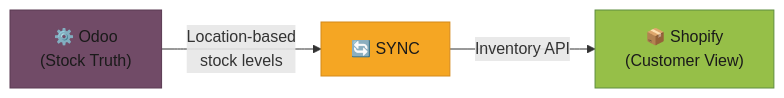
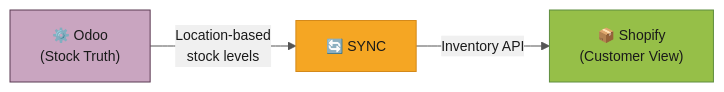
One commit to ozan-droid/documents changed the ninth of 11 diagrams in shopify-sync-odoo-scenarios.md. Above: the diagram before and after it, drawn with Mermaid. The commit also changed other lines of this file, not shown here.

````diff
--- a/shopify-sync-odoo-scenarios.md
+++ b/shopify-sync-odoo-scenarios.md
@@ -353,9 +355,10 @@
 ```mermaid
+%%{init: {'theme': 'base', 'themeVariables': {'primaryColor': '#f0f0f0', 'primaryTextColor': '#1a1a1a', 'lineColor': '#555', 'textColor': '#1a1a1a', 'fontSize': '14px'}}}%%
 flowchart LR
     Odoo["⚙️ Odoo\n(Stock Truth)"] -->|"Location-based\nstock levels"| SYNC["🔄 SYNC"]
     SYNC -->|"Inventory API"| Shopify["📦 Shopify\n(Customer View)"]
 
-    style Odoo fill:#714b67,stroke:#5a3a52,color:#1a1a1a
+    style Odoo fill:#c9a5c0,stroke:#5a3a52,color:#1a1a1a
     style SYNC fill:#f5a623,stroke:#d4891a,color:#1a1a1a
     style Shopify fill:#96bf48,stroke:#5e8e3e,color:#1a1a1a
 ```
````
